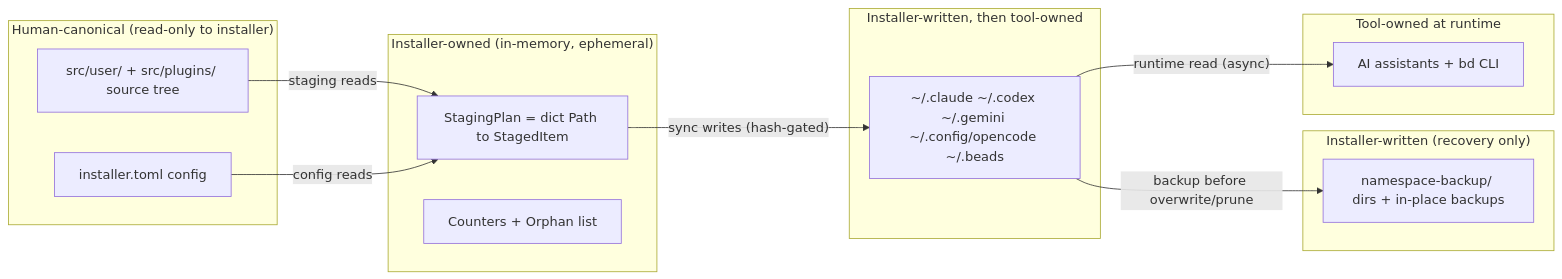
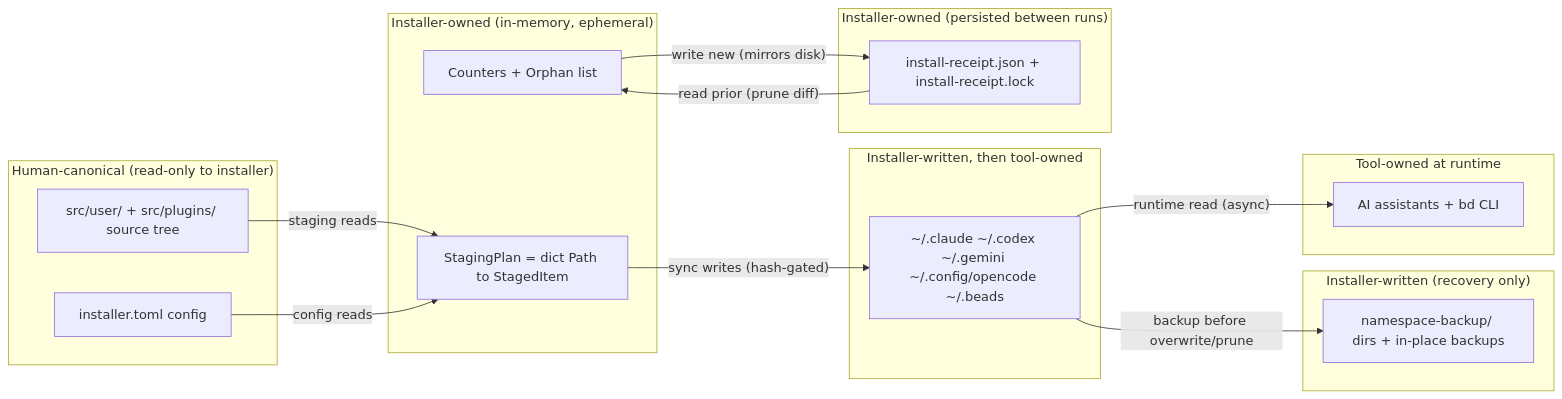
The third of 3 diagrams in docs/architecture/installer/data-view.md (scotthamilton77/agents-config), drawn with Mermaid before and after one commit. The commit also changed other lines of this file and 38 other files, not shown here.

First line of the commit message:
feat(installer): install-receipt-based pruning (replaces glob prune-list) (#200)

````diff
--- a/docs/architecture/installer/data-view.md
+++ b/docs/architecture/installer/data-view.md
@@ -151,30 +170,36 @@
 ```mermaid
 flowchart LR
     subgraph HUMAN["Human-canonical (read-only to installer)"]
         S1[src/user/ + src/plugins/ source tree]
         S2[installer.toml config]
     end
 
     subgraph MEM["Installer-owned (in-memory, ephemeral)"]
         M1[StagingPlan = dict Path to StagedItem]
         M2[Counters + Orphan list]
     end
 
     subgraph DISK["Installer-written, then tool-owned"]
         D1[~/.claude ~/.codex ~/.gemini ~/.config/opencode ~/.beads]
     end
 
     subgraph BAK["Installer-written (recovery only)"]
         B1[namespace-backup/ dirs + in-place backups]
     end
 
+    subgraph STATE["Installer-owned (persisted between runs)"]
+        R1[install-receipt.json + install-receipt.lock]
+    end
+
     subgraph TOOLS["Tool-owned at runtime"]
         T1[AI assistants + bd CLI]
     end
 
     S1 -->|"staging reads"| M1
     S2 -->|"config reads"| M1
     M1 -->|"sync writes (hash-gated)"| D1
     D1 -->|"backup before overwrite/prune"| B1
+    R1 -->|"read prior (prune diff)"| M2
+    M2 -->|"write new (mirrors disk)"| R1
     D1 -->|"runtime read (async)"| T1
 ```
````
